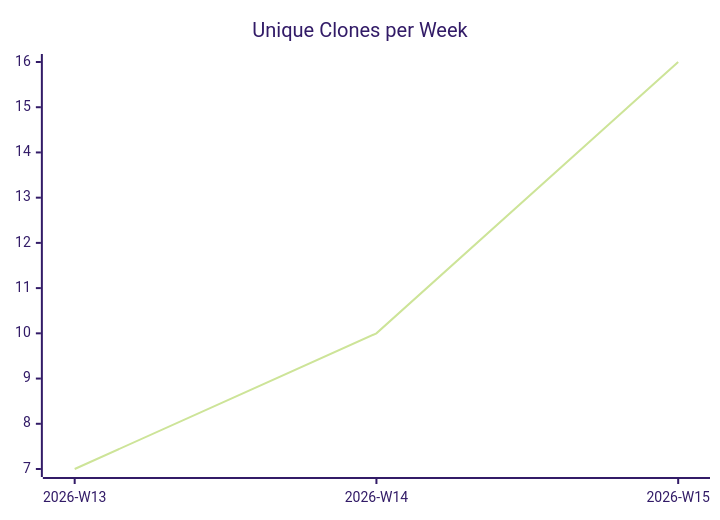
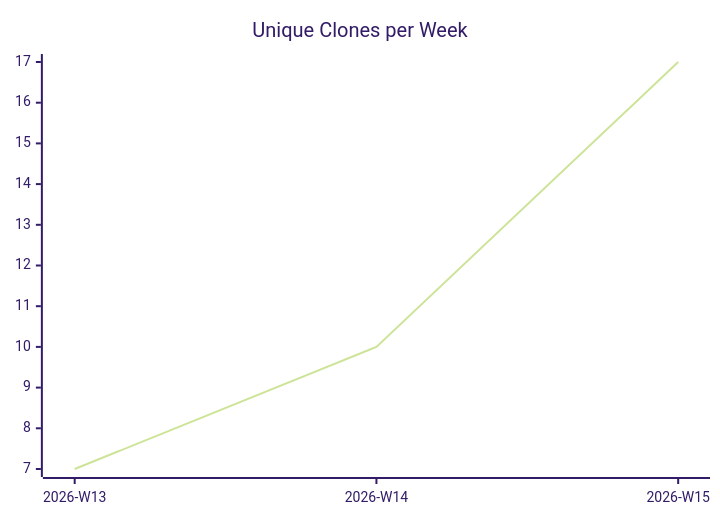
The third of 3 diagrams in karlmdavis/ksoap2-android/README.md (justdavis-family/github-analytics-data), drawn with Mermaid (forest theme) before and after one commit. The commit also changed other lines of this file and 192 other files, not shown here.

````diff
--- a/karlmdavis/ksoap2-android/README.md
+++ b/karlmdavis/ksoap2-android/README.md
@@ -19,6 +19,6 @@
 ```mermaid
 xychart-beta
   title "Unique Clones per Week"
   x-axis ["2026-W13", "2026-W14", "2026-W15"]
-  line [7, 10, 16]
+  line [7, 10, 17]
 ```
````
